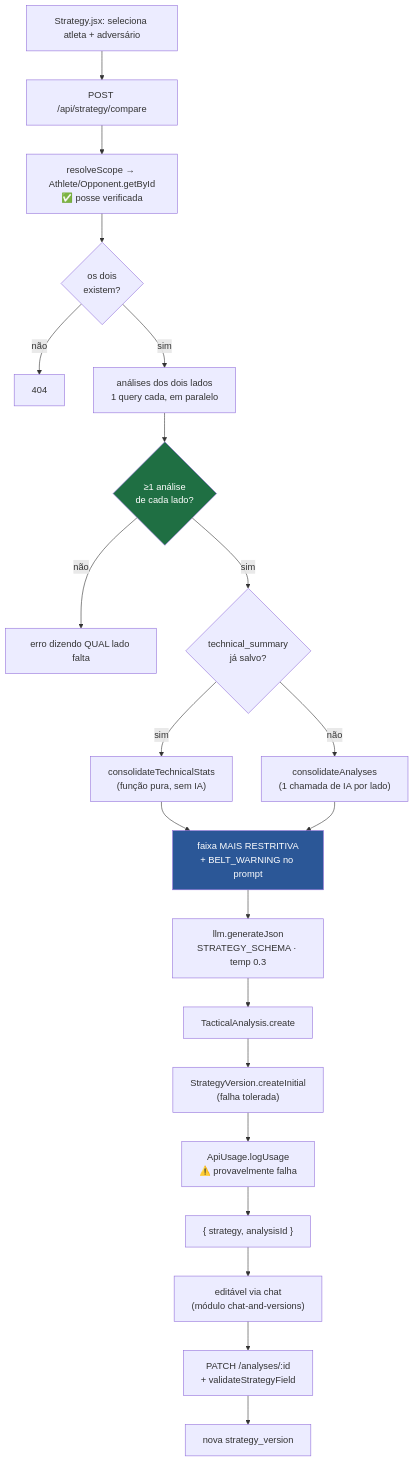
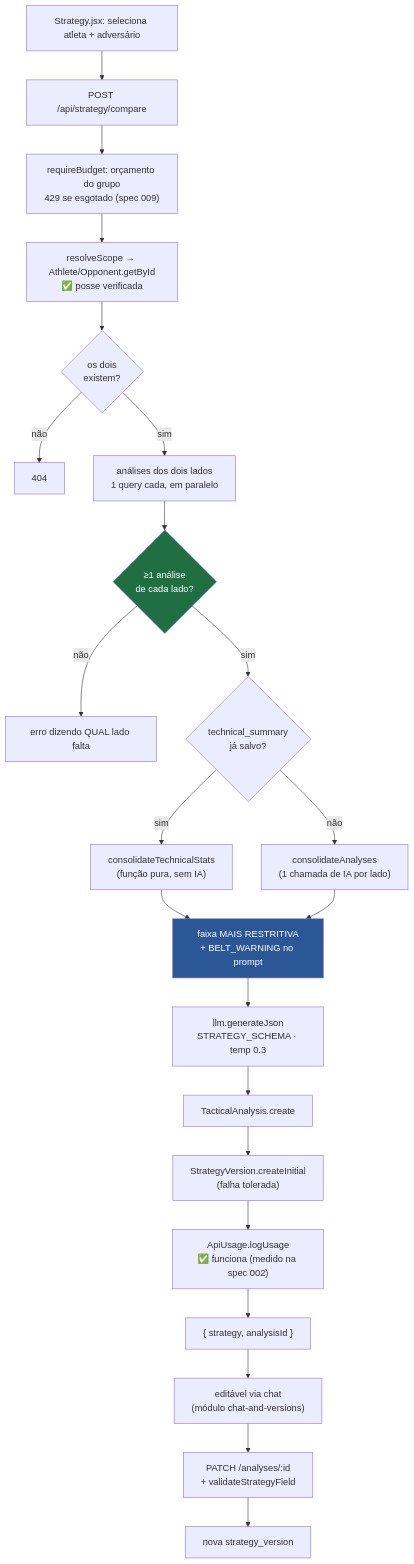
The diagram in docs/modules/strategies.md (lucasxtech/JiuMetrics), drawn with Mermaid before and after one commit. The commit also changed other lines of this file and 12 other files, not shown here.

````diff
--- a/docs/modules/strategies.md
+++ b/docs/modules/strategies.md
@@ -71,26 +73,27 @@
 ```mermaid
 flowchart TD
     UI["Strategy.jsx: seleciona atleta + adversário"] --> POST["POST /api/strategy/compare"]
-    POST --> SCOPE["resolveScope → Athlete/Opponent.getById<br/>✅ posse verificada"]
+    POST --> BUDGET["requireBudget: orçamento do grupo<br/>429 se esgotado (spec 009)"]
+    BUDGET --> SCOPE["resolveScope → Athlete/Opponent.getById<br/>✅ posse verificada"]
     SCOPE --> FOUND{"os dois<br/>existem?"}
     FOUND -->|não| E404["404"]
     FOUND -->|sim| FETCH["análises dos dois lados<br/>1 query cada, em paralelo"]
     FETCH --> GATE{"≥1 análise<br/>de cada lado?"}
     GATE -->|não| ERRG["erro dizendo QUAL lado falta"]
     GATE -->|sim| SUM{"technical_summary<br/>já salvo?"}
     SUM -->|sim| PURE["consolidateTechnicalStats<br/>(função pura, sem IA)"]
     SUM -->|não| AI1["consolidateAnalyses<br/>(1 chamada de IA por lado)"]
     PURE --> BELT
     AI1 --> BELT["faixa MAIS RESTRITIVA<br/>+ BELT_WARNING no prompt"]
     BELT --> AI2["llm.generateJson<br/>STRATEGY_SCHEMA · temp 0.3"]
     AI2 --> SAVE["TacticalAnalysis.create"]
     SAVE --> V1["StrategyVersion.createInitial<br/>(falha tolerada)"]
-    V1 --> USG["ApiUsage.logUsage<br/>⚠️ provavelmente falha"]
+    V1 --> USG["ApiUsage.logUsage<br/>✅ funciona (medido na spec 002)"]
     USG --> RESP["{ strategy, analysisId }"]
     RESP --> EDIT["editável via chat<br/>(módulo chat-and-versions)"]
     EDIT --> PATCH["PATCH /analyses/:id<br/>+ validateStrategyField"]
     PATCH --> VN["nova strategy_version"]
 
     style BELT fill:#2b5797,color:#fff
     style GATE fill:#1f6f43,color:#fff
 ```
````
